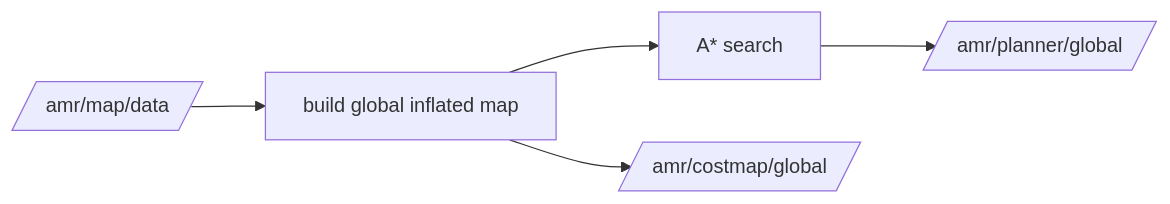
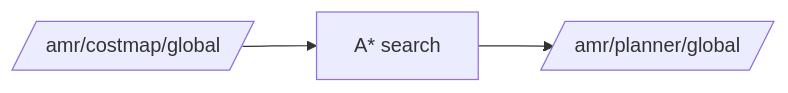
One commit to reidlo5135/ros-amr-navigation changed the diagram in amr_global_planner/README.md. Above: the diagram before and after it, drawn with Mermaid. The commit also changed other lines of this file and 33 other files, not shown here.

````diff
--- a/amr_global_planner/README.md
+++ b/amr_global_planner/README.md
@@ -34,7 +32,5 @@
 ```mermaid
 flowchart LR
-    A[/amr/map/data/] --> B[build global inflated map]
-    B --> C[A* search]
-    C --> D[/amr/planner/global/]
-    B --> E[/amr/costmap/global/]
+    A[/amr/costmap/global/] --> B[A* search]
+    B --> C[/amr/planner/global/]
 ```
````
